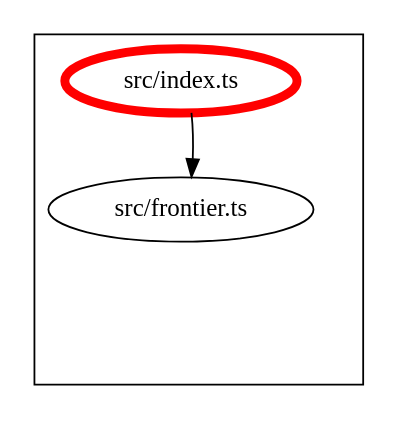
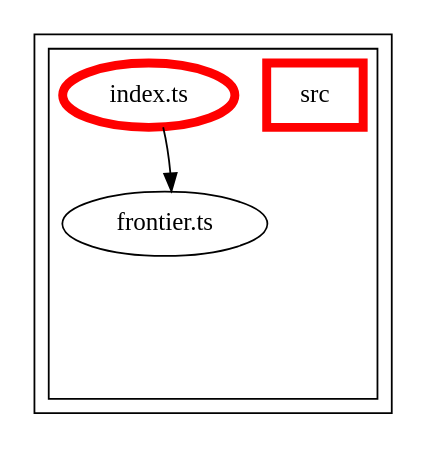
The diagram in packages/alfa-frontier/docs/dependency-graph.dot (Siteimprove/alfa-integrations), drawn with Graphviz before and after one commit. The commit also changed 53 other files, not shown here.

Commit message:
Update dependency graphs

```diff
--- a/packages/alfa-frontier/docs/dependency-graph.dot
+++ b/packages/alfa-frontier/docs/dependency-graph.dot
@@ -1,32 +1,51 @@
 digraph "dependency-graph-@siteimprove/alfa-frontier" {
   compound = true;
   "src/frontier.ts";
   subgraph "cluster_src" {
     color = "#000000";
     label = "";
-    "src/index.ts" [
-      label = "src/index.ts";
-      color = "#ff0000";
-      penwidth = 5;
-    ];
     "exit_src" [
       style = "invis";
     ];
-    "src/frontier.ts" [
-      label = "src/frontier.ts";
-    ];
-    "src/index.ts" -> "exit_src" [
+    subgraph "cluster_src" {
+      color = "#000000";
+      label = "";
+      "name_src" [
+        penwidth = 5;
+        shape = "rectangle";
+        color = "#ff0000";
+        label = "src";
+      ];
+      "exit_src" [
+        style = "invis";
+      ];
+      "src/index.ts" [
+        label = "index.ts";
+        color = "#ff0000";
+        penwidth = 5;
+      ];
+      "src/frontier.ts" [
+        label = "frontier.ts";
+      ];
+      "src/index.ts" -> "exit_src" [
+        style = "invis";
+      ];
+      "src/frontier.ts" -> "exit_src" [
+        style = "invis";
+      ];
+    }
+    "exit_src" -> "exit_src" [
       style = "invis";
     ];
-    "src/frontier.ts" -> "exit_src" [
+    "exit_src" -> "exit_src" [
       style = "invis";
     ];
   }
   "src/index.ts" -> "src/frontier.ts" [
     style = "invis";
   ];
   "src/index.ts" -> "src/frontier.ts" [
     style = "solid";
     color = "black";
   ];
 }
```
